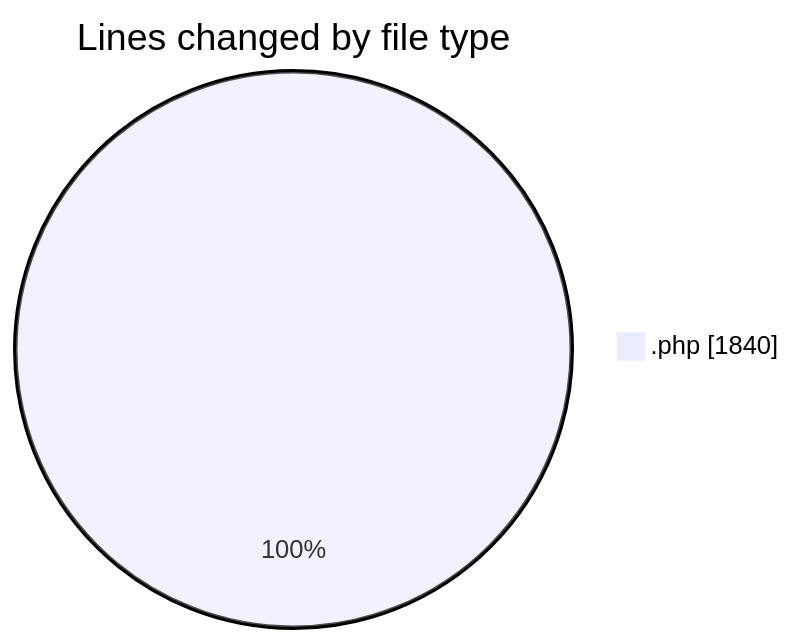
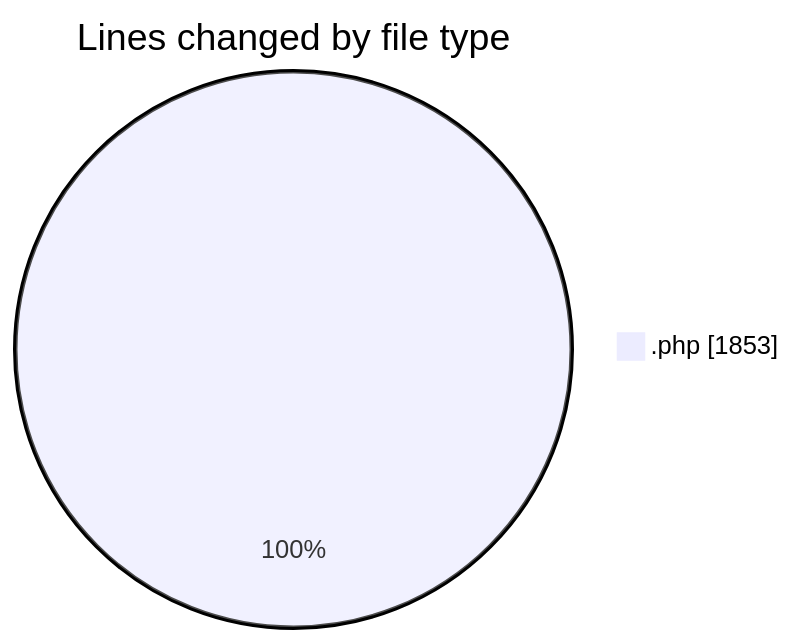
Before and after one commit to LanceThiago/code-tracking: the first of 2 diagrams in 2026-08-28/oficina/README.md, drawn with Mermaid. The commit also changed other lines of this file and 1 other file, not shown here.

````diff
--- a/2026-08-28/oficina/README.md
+++ b/2026-08-28/oficina/README.md
@@ -20,5 +20,5 @@
 ```mermaid
 pie showData
 title Lines changed by file type
-".php" : 1840
+".php" : 1853
 ```
````
